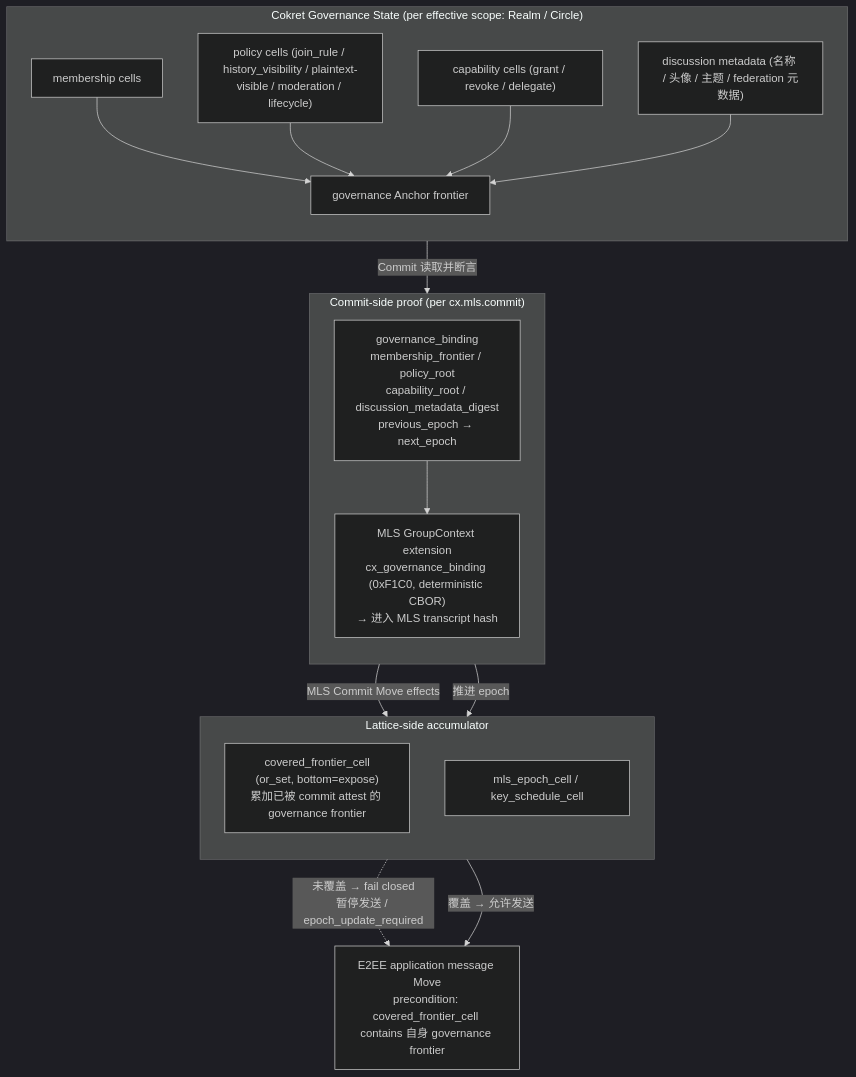
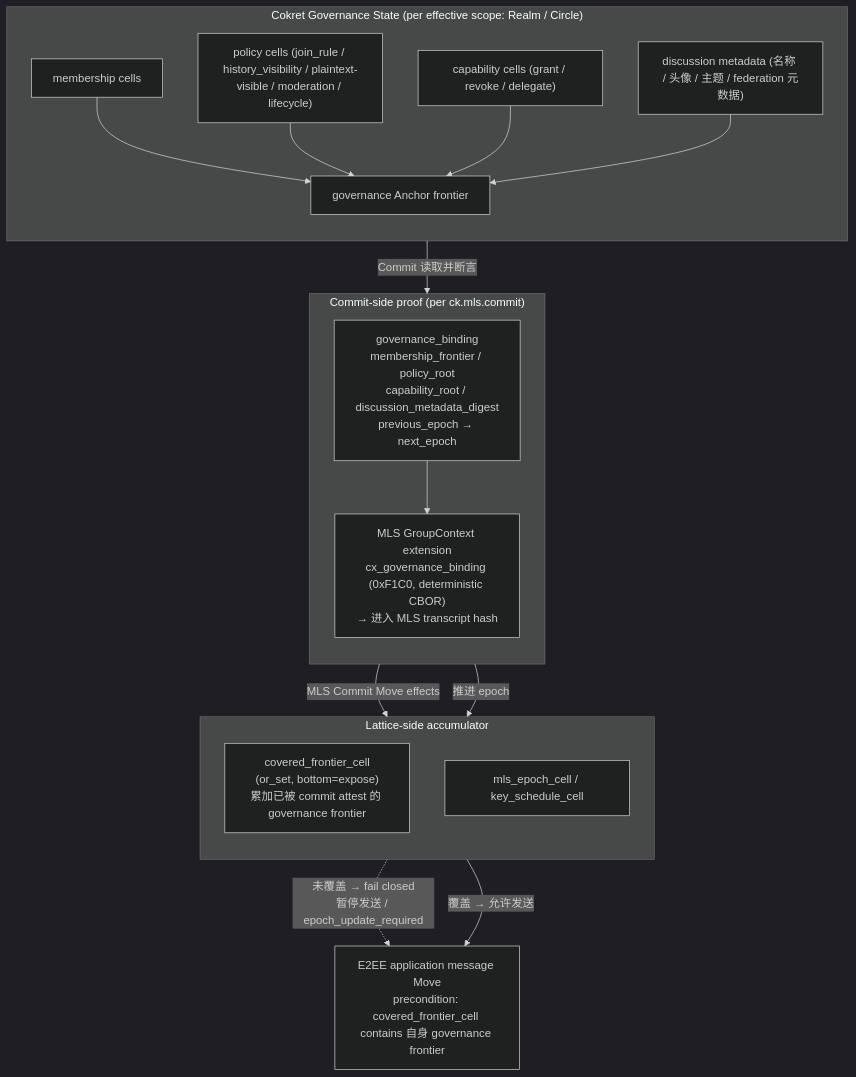
One commit to arkret-org/arkret-spec changed the second of 2 diagrams in spec/v1/zh/crypto-media/encryption-and-audit.md. Above: the diagram before and after it, drawn with Mermaid (dark theme). The commit also changed other lines of this file and 197 other files, not shown here.

````diff
--- a/spec/v1/zh/crypto-media/encryption-and-audit.md
+++ b/spec/v1/zh/crypto-media/encryption-and-audit.md
@@ -340,36 +340,36 @@
 ```mermaid
 flowchart TB
     subgraph GS ["Cokret Governance State (per effective scope: Realm / Circle)"]
         direction TB
         Memb["membership cells"]
         Pol["policy cells (join_rule / history_visibility / plaintext-visible / moderation / lifecycle)"]
         Cap["capability cells (grant / revoke / delegate)"]
         Disc["discussion metadata (名称 / 头像 / 主题 / federation 元数据)"]
         Anc["governance Anchor frontier"]
         Memb --> Anc
         Pol --> Anc
         Cap --> Anc
         Disc --> Anc
     end
 
-    subgraph CS ["Commit-side proof (per cx.mls.commit)"]
+    subgraph CS ["Commit-side proof (per ck.mls.commit)"]
         direction TB
         GB["governance_binding<br/>membership_frontier / policy_root<br/>capability_root / discussion_metadata_digest<br/>previous_epoch → next_epoch"]
         Trans["MLS GroupContext extension<br/>cx_governance_binding (0xF1C0, deterministic CBOR)<br/>→ 进入 MLS transcript hash"]
         GB --> Trans
     end
 
     subgraph LS ["Lattice-side accumulator"]
         direction TB
         CFC["covered_frontier_cell<br/>(or_set, bottom=expose)<br/>累加已被 commit attest 的 governance frontier"]
         EpC["mls_epoch_cell / key_schedule_cell"]
     end
 
     Anc -- "Commit 读取并断言" --> GB
     GB -- "MLS Commit Move effects" --> CFC
     GB -- "推进 epoch" --> EpC
 
     Msg["E2EE application message Move<br/>precondition: covered_frontier_cell contains 自身 governance frontier"]
     CFC -. "未覆盖 → fail closed<br/>暂停发送 / epoch_update_required" .-> Msg
     CFC -- "覆盖 → 允许发送" --> Msg
 ```
````
